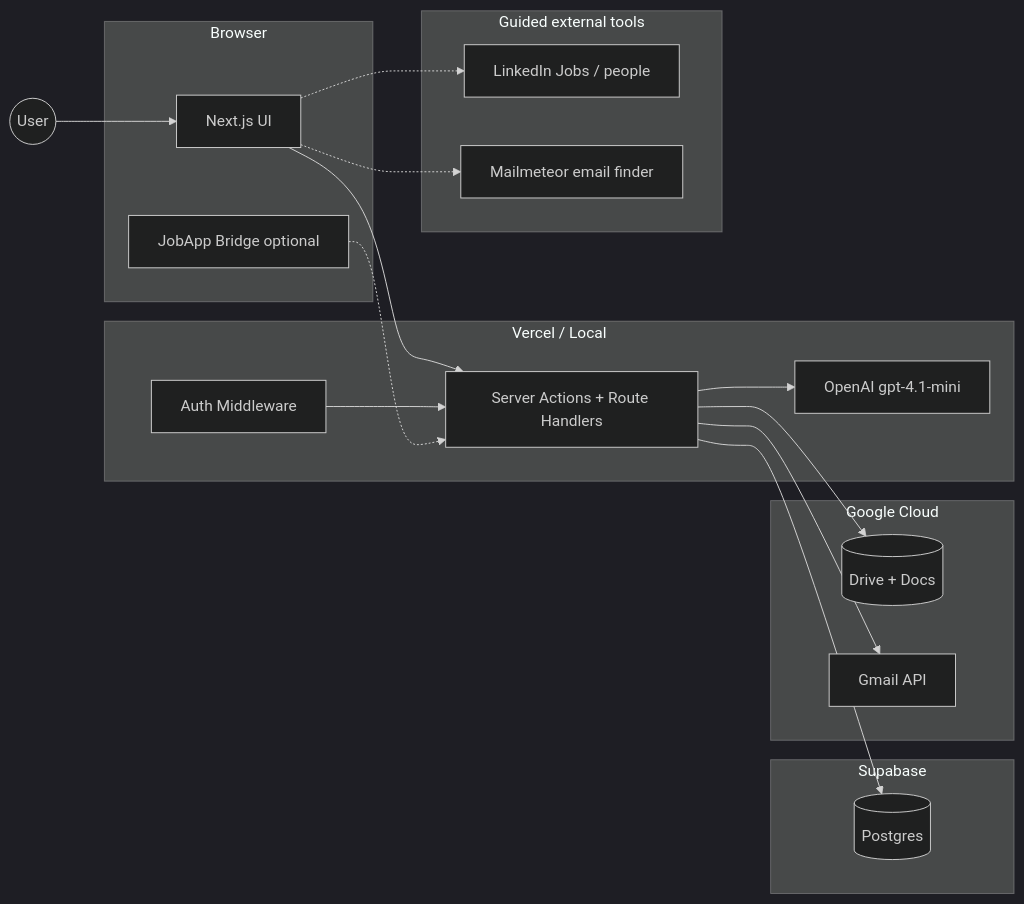
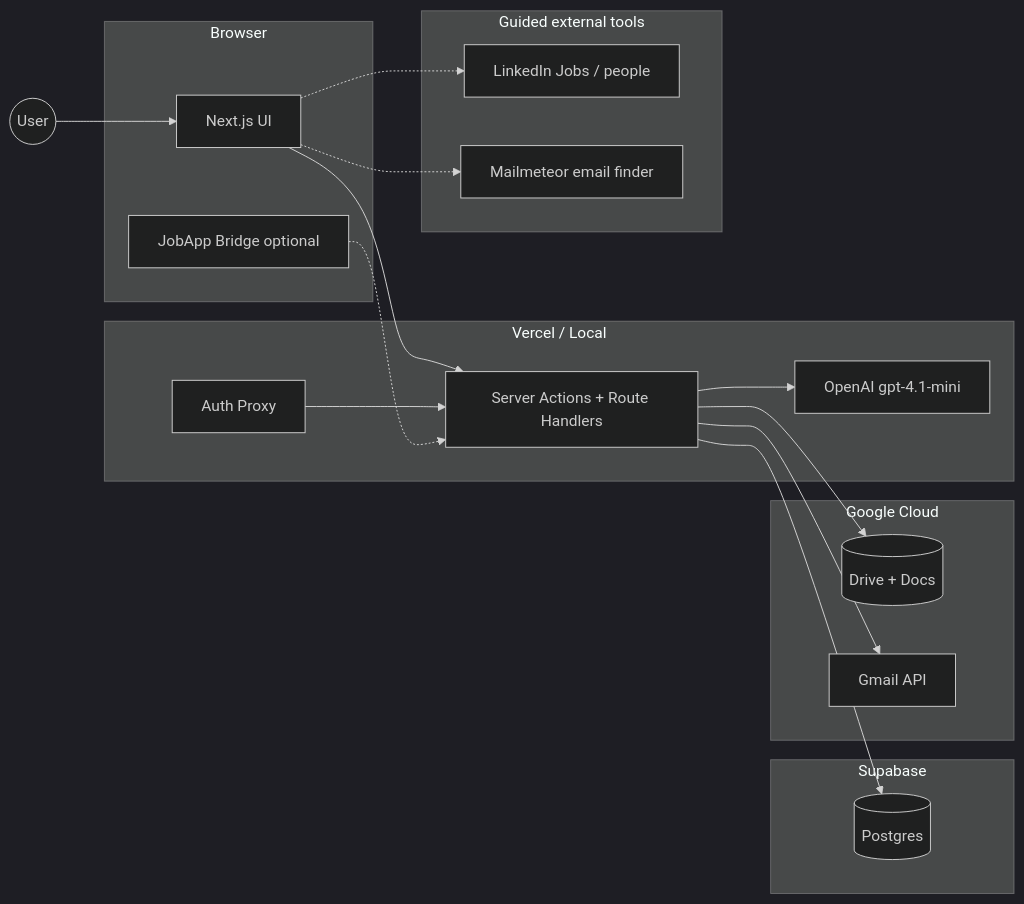
The diagram in docs/architecture.md (anchit98/job_app_automation), drawn with Mermaid (dark theme) before and after one commit. The commit also changed other lines of this file and 42 other files, not shown here.

````diff
--- a/docs/architecture.md
+++ b/docs/architecture.md
@@ -63,35 +63,35 @@
 ```mermaid
 flowchart LR
     User(("User"))
     subgraph Browser
         UI["Next.js UI"]
         Ext["JobApp Bridge optional"]
     end
     subgraph Vercel["Vercel / Local"]
         API["Server Actions + Route Handlers"]
         LLM["OpenAI gpt-4.1-mini"]
-        Middleware["Auth Middleware"]
+        Proxy["Auth Proxy"]
     end
     subgraph Supabase
         PG[("Postgres")]
     end
     subgraph Google["Google Cloud"]
         Drive[("Drive + Docs")]
         Gmail["Gmail API"]
     end
     subgraph External["Guided external tools"]
         LI["LinkedIn Jobs / people"]
         MM["Mailmeteor email finder"]
     end
 
     User --> UI
     UI --> API
-    Middleware --> API
+    Proxy --> API
     API --> LLM
     API --> PG
     API --> Drive
     API --> Gmail
     Ext -.-> API
     UI -.-> LI
     UI -.-> MM
 ```
````
